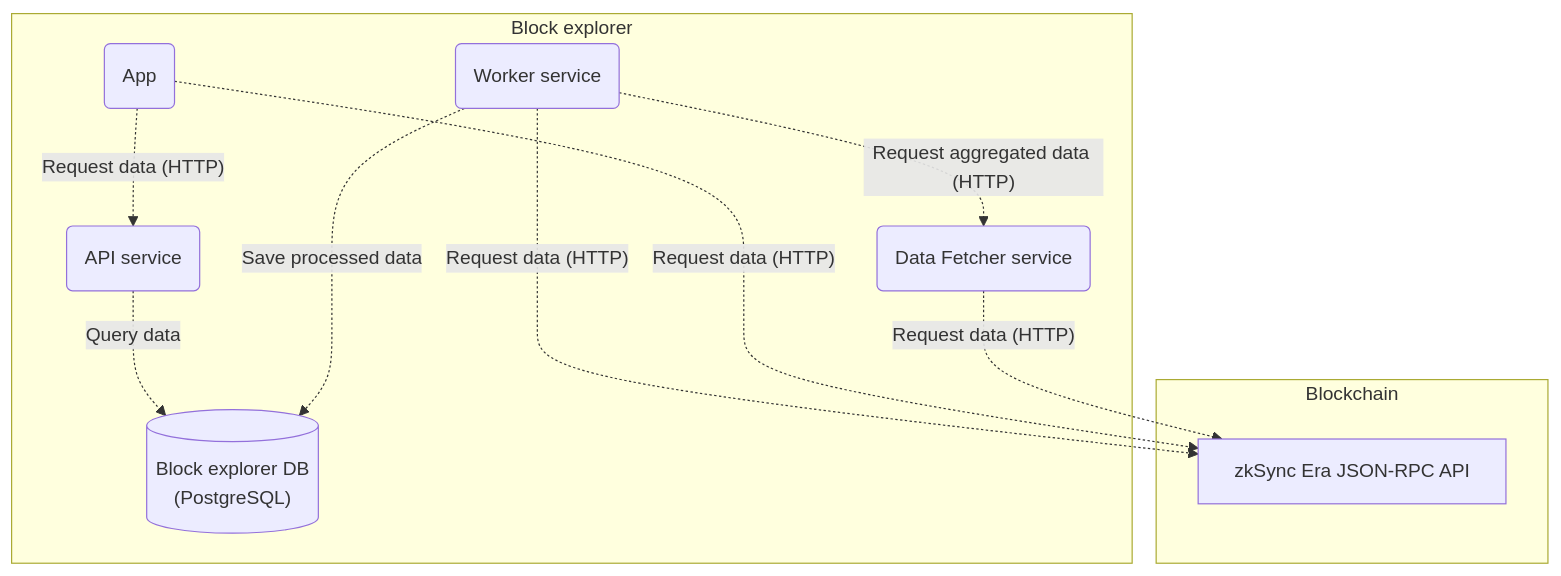
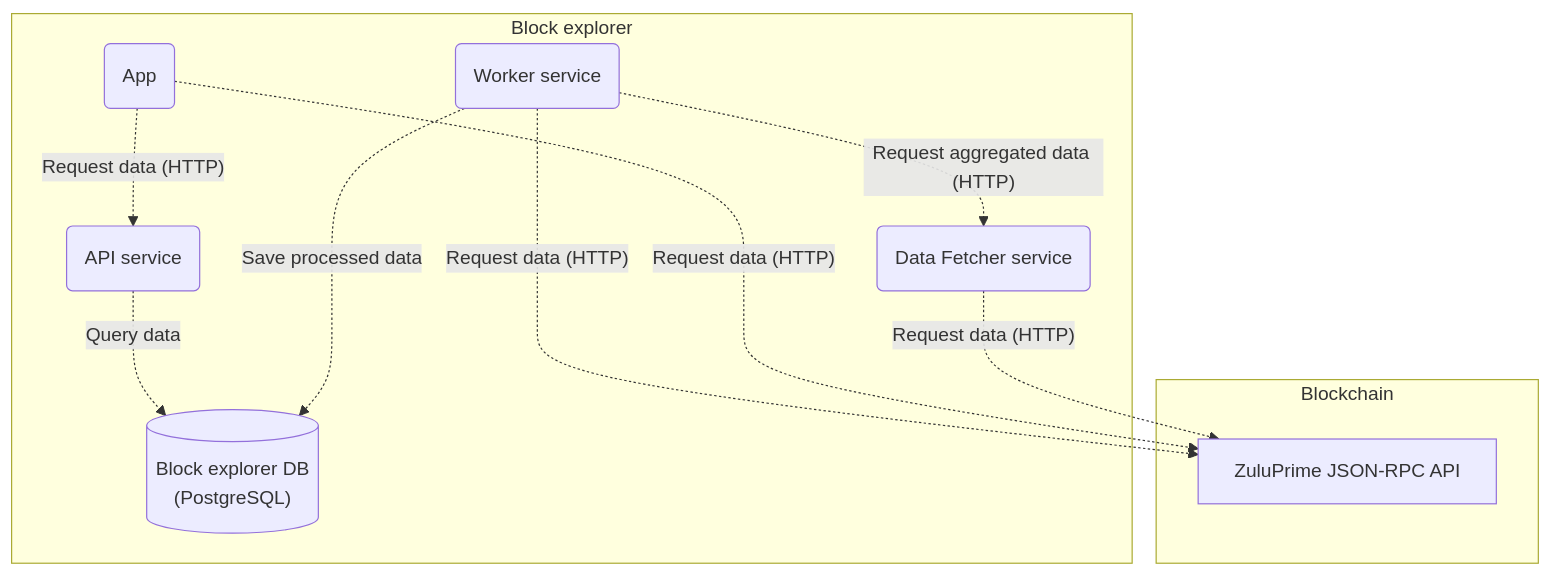
Before and after one commit to matter-labs/block-explorer: the diagram in README.md, drawn with Mermaid. The commit also changed other lines of this file and 9 other files, not shown here.

````diff
--- a/README.md
+++ b/README.md
@@ -15,24 +15,24 @@
 ```mermaid
 flowchart
   subgraph blockchain[Blockchain]
-    Blockchain[zkSync Era JSON-RPC API]
+    Blockchain[ZuluPrime JSON-RPC API]
   end
 
   subgraph explorer[Block explorer]
     Database[("Block explorer DB<br/>(PostgreSQL)")]
     Worker(Worker service)
     Data-Fetcher(Data Fetcher service)
     API(API service)
     App(App)
     
     Worker-."Request aggregated data (HTTP)".->Data-Fetcher
     Data-Fetcher-."Request data (HTTP)".->Blockchain
     Worker-.Save processed data.->Database
 
     API-.Query data.->Database
     App-."Request data (HTTP)".->API
     App-."Request data (HTTP)".->Blockchain
   end
 
   Worker-."Request data (HTTP)".->Blockchain
 ```
````
